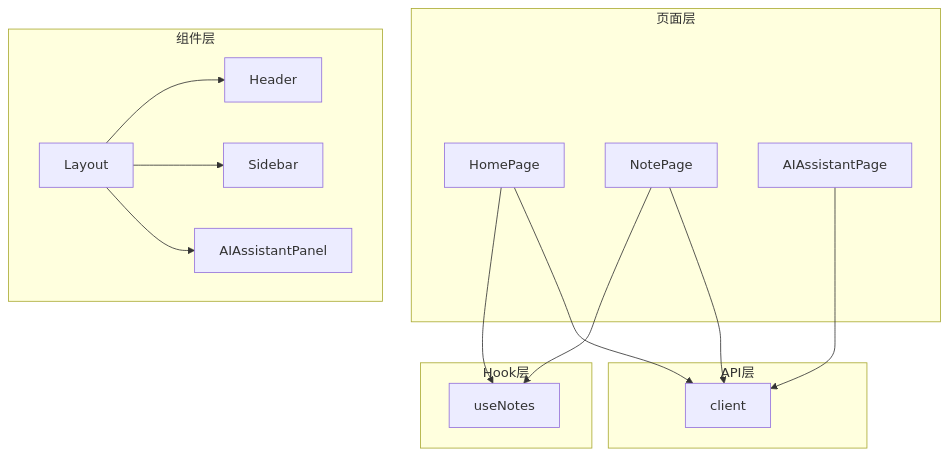
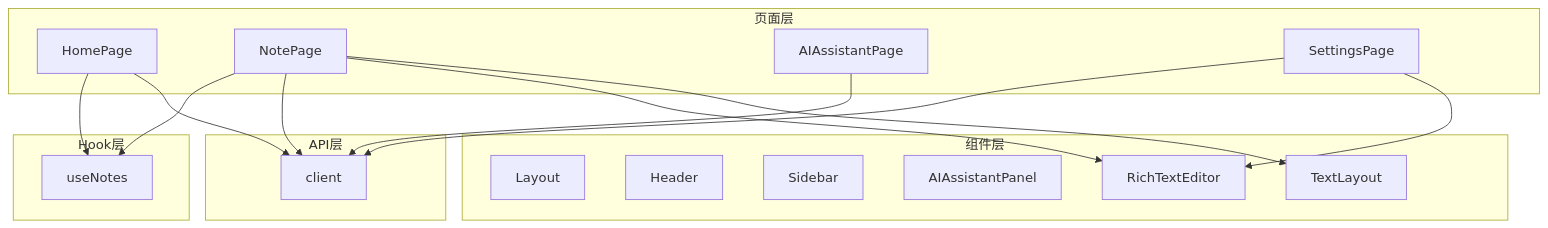
Before and after one commit to acproject/tomato_notebook: the second of 10 diagrams in .qoder/repowiki/zh/content/Web前端应用/Web前端应用.md, drawn with Mermaid. The commit also changed other lines of this file and 14 other files, not shown here.

````diff
--- a/.qoder/repowiki/zh/content/Web前端应用/Web前端应用.md
+++ b/.qoder/repowiki/zh/content/Web前端应用/Web前端应用.md
@@ -148,28 +166,32 @@
 ```mermaid
 graph TB
 subgraph "页面层"
 HP["HomePage"]
 NP["NotePage"]
 AIPG["AIAssistantPage"]
+SP["SettingsPage"]
 end
 subgraph "组件层"
 LYT["Layout"]
 HDR["Header"]
 SDB["Sidebar"]
 AIPN["AIAssistantPanel"]
+RTE["RichTextEditor"]
+TL["TextLayout"]
 end
 subgraph "Hook层"
 UN["useNotes"]
 end
 subgraph "API层"
 CL["client"]
 end
 HP --> UN
 NP --> UN
 HP --> CL
 NP --> CL
 AIPG --> CL
-LYT --> HDR
-LYT --> SDB
-LYT --> AIPN
+SP --> CL
+SP --> RTE
+NP --> RTE
+NP --> TL
 ```
````
